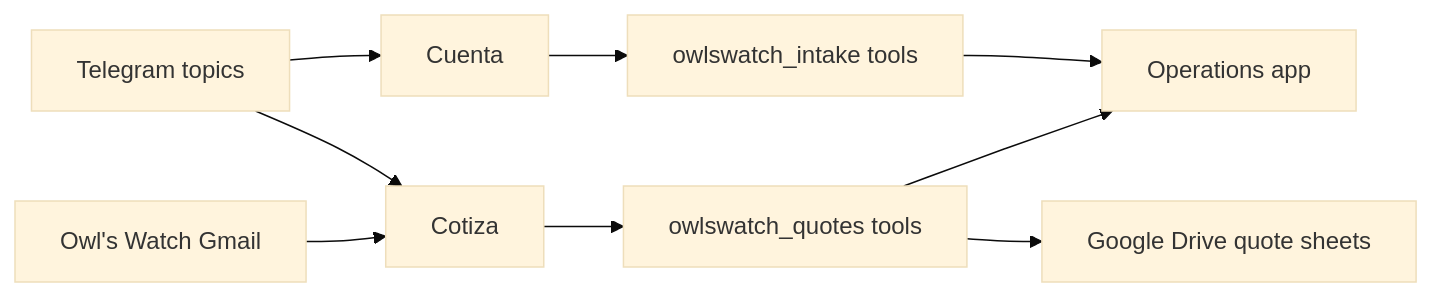
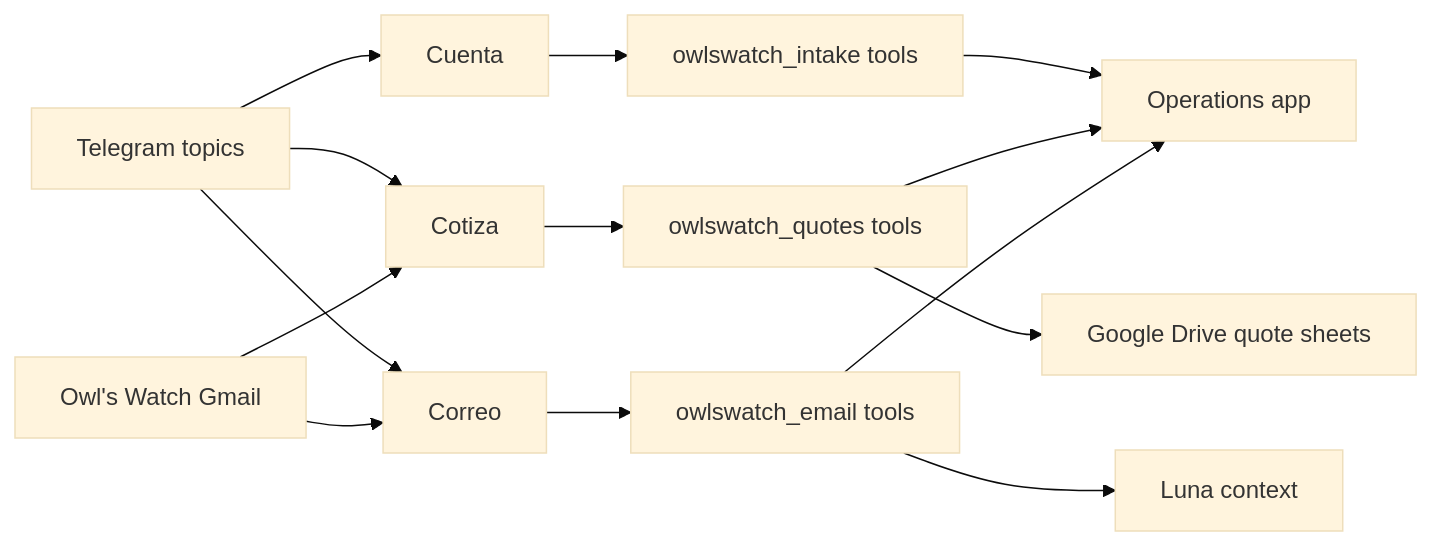
One commit to steadydee/owagents changed the diagram in docs/architecture.md. Above: the diagram before and after it, drawn with Mermaid (base theme). The commit also changed other lines of this file and 26 other files, not shown here.

Commit message:
Add Correo email drafting agent

````diff
--- a/docs/architecture.md
+++ b/docs/architecture.md
@@ -5,11 +5,16 @@
 ```mermaid
 flowchart LR
   Telegram["Telegram topics"] --> Cuenta["Cuenta"]
   Telegram --> Cotiza["Cotiza"]
+  Telegram --> Correo["Correo"]
   Gmail["Owl's Watch Gmail"] --> Cotiza
+  Gmail --> Correo
   Cuenta --> IntakeTools["owlswatch_intake tools"]
   Cotiza --> QuoteTools["owlswatch_quotes tools"]
+  Correo --> EmailTools["owlswatch_email tools"]
   IntakeTools --> Operations["Operations app"]
   QuoteTools --> Operations
+  EmailTools --> Operations
+  EmailTools --> Luna["Luna context"]
   QuoteTools --> Drive["Google Drive quote sheets"]
 ```
````
